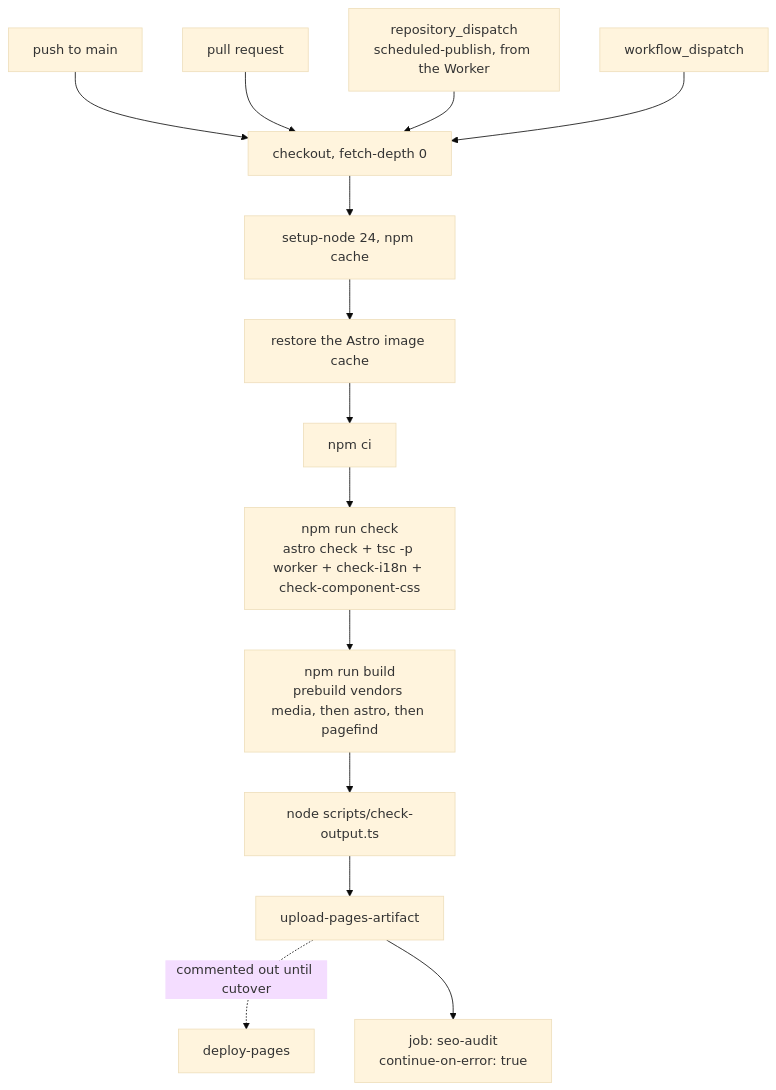
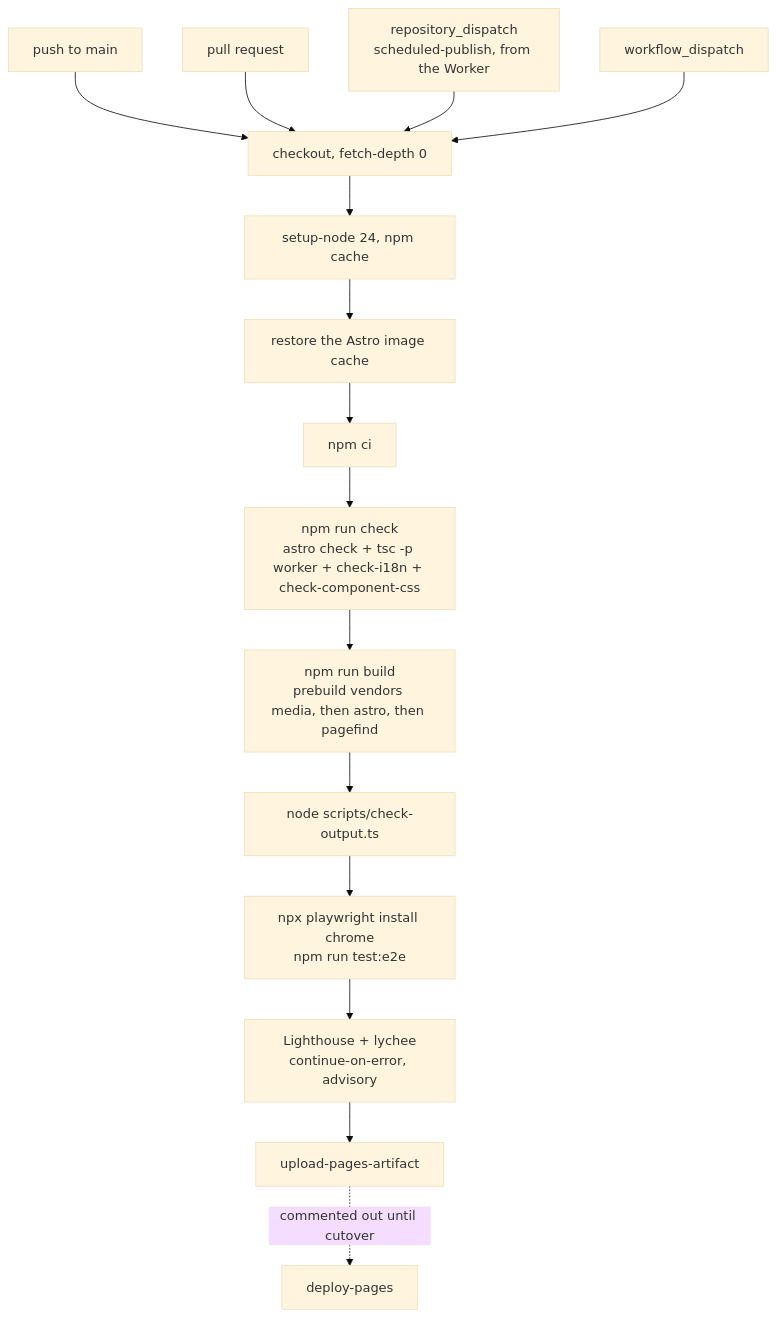
Before and after one commit to khaosdoctor/blog: the first of 3 diagrams in docs/ci.md, drawn with Mermaid (base theme). The commit also changed other lines of this file and 8 other files, not shown here.

````diff
--- a/docs/ci.md
+++ b/docs/ci.md
@@ -12,16 +12,17 @@
 ```mermaid
 flowchart TD
   T1["push to main"] --> C
   T2["pull request"] --> C
   T3["repository_dispatch<br/>scheduled-publish, from the Worker"] --> C
   T4["workflow_dispatch"] --> C
   C["checkout, fetch-depth 0"] --> N["setup-node 24, npm cache"]
   N --> K["restore the Astro image cache"]
   K --> I["npm ci"]
   I --> CH["npm run check<br/>astro check + tsc -p worker + check-i18n + check-component-css"]
   CH --> B["npm run build<br/>prebuild vendors media, then astro, then pagefind"]
   B --> G["node scripts/check-output.ts"]
-  G --> A["upload-pages-artifact"]
+  G --> E["npx playwright install chrome<br/>npm run test:e2e"]
+  E --> S["Lighthouse + lychee<br/>continue-on-error, advisory"]
+  S --> A["upload-pages-artifact"]
   A -.->|"commented out until cutover"| D["deploy-pages"]
-  A --> S["job: seo-audit<br/>continue-on-error: true"]
 ```
````
